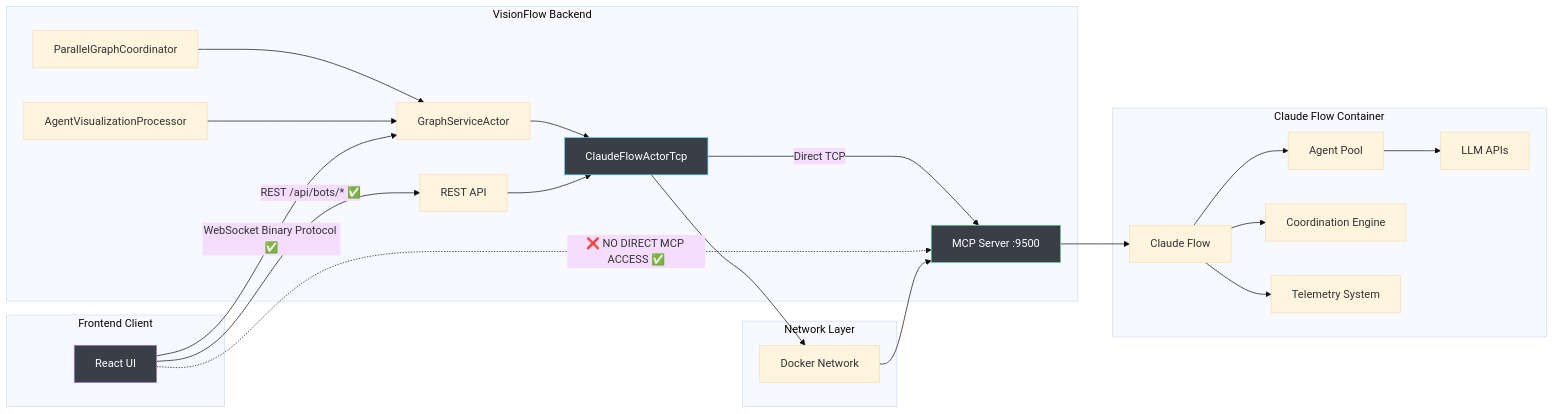
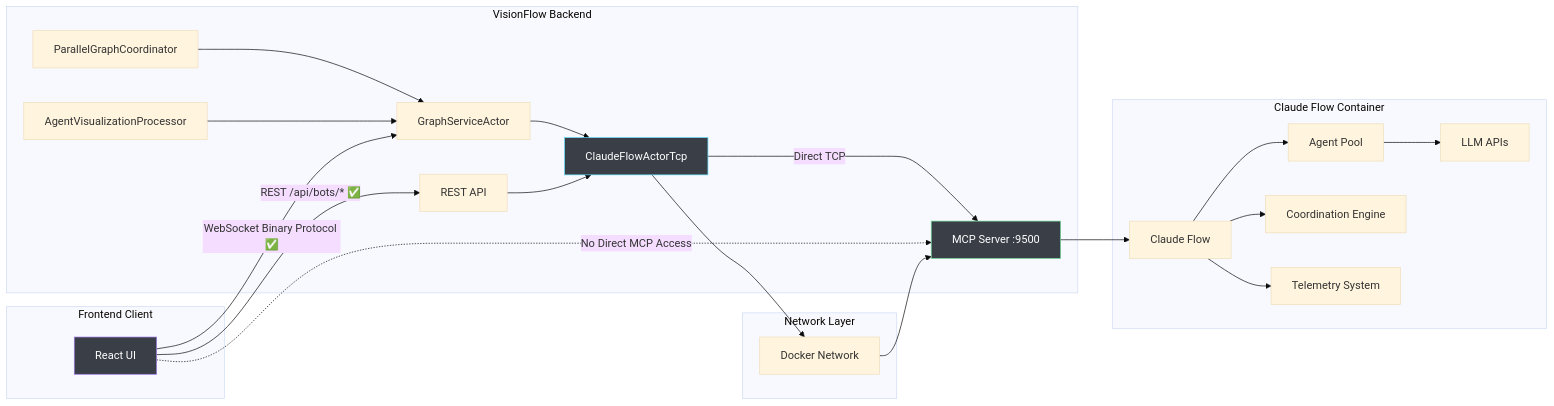
One commit to DreamLab-AI/VisionFlow changed the first of 3 diagrams in docs/server/mcp-integration.md. Above: the diagram before and after it, drawn with Mermaid (base theme). The commit also changed other lines of this file and 69 other files, not shown here.

````diff
--- a/docs/server/mcp-integration.md
+++ b/docs/server/mcp-integration.md
@@ -28,33 +28,33 @@
 ```mermaid
 graph LR
     subgraph "VisionFlow Backend"
         CFATCP[ClaudeFlowActorTcp] -->|Direct TCP| MCP
         GSA[GraphServiceActor] --> CFATCP
         API[REST API] --> CFATCP
         PGC[ParallelGraphCoordinator] --> GSA
         AVP[AgentVisualizationProcessor] --> GSA
     end
 
     subgraph "Claude Flow Container"
         MCP[MCP Server :9500] --> CF[Claude Flow]
         CF --> AGENTS[Agent Pool]
         AGENTS --> LLM[LLM APIs]
         CF --> COORD[Coordination Engine]
         CF --> TELEMETRY[Telemetry System]
     end
 
     subgraph "Frontend Client"
         UI[React UI] -->|REST /api/bots/* ✅| API
         UI -->|WebSocket Binary Protocol ✅| GSA
-        UI -.->|❌ NO DIRECT MCP ACCESS ✅| MCP
+        UI -.->|No Direct MCP Access| MCP
     end
 
     subgraph "Network Layer"
         DOCKER[Docker Network] --> MCP
         CFATCP --> DOCKER
     end
 
     style CFATCP fill:#3A3F47,stroke:#61DAFB,color:#FFFFFF
     style MCP fill:#3A3F47,stroke:#68D391,color:#FFFFFF
     style UI fill:#3A3F47,stroke:#9F7AEA,color:#FFFFFF
 ```
````
